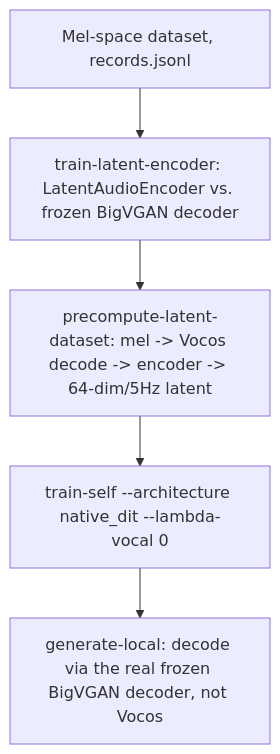
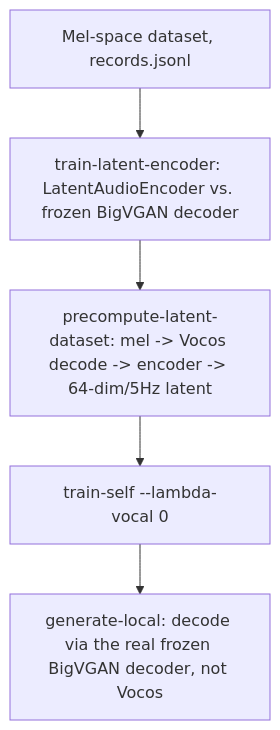
One commit to nhuy5602/GenMusic changed the second of 2 diagrams in docs/architecture.md. Above: the diagram before and after it, drawn with Mermaid. The commit also changed other lines of this file and 12 other files, not shown here.

First line of the commit message:
feat: merge NativeDiTStudent into MicroDiT, add TextSelfAttentionLayer, latent_mode distillation

````diff
--- a/docs/architecture.md
+++ b/docs/architecture.md
@@ -35,7 +37,7 @@
 ```mermaid
 flowchart TD
     F2[Mel-space dataset, records.jsonl] --> N[train-latent-encoder: LatentAudioEncoder vs. frozen BigVGAN decoder]
     N --> O[precompute-latent-dataset: mel -> Vocos decode -> encoder -> 64-dim/5Hz latent]
-    O --> P[train-self --architecture native_dit --lambda-vocal 0]
+    O --> P[train-self --lambda-vocal 0]
     P --> Q[generate-local: decode via the real frozen BigVGAN decoder, not Vocos]
 ```
````
